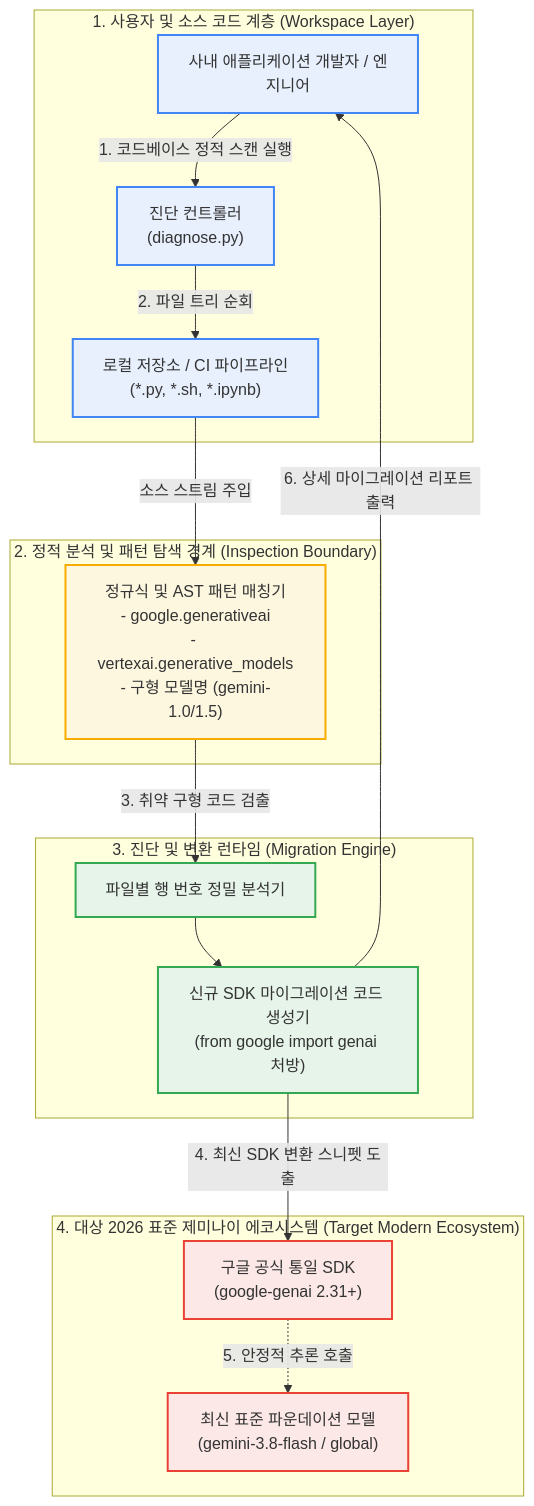
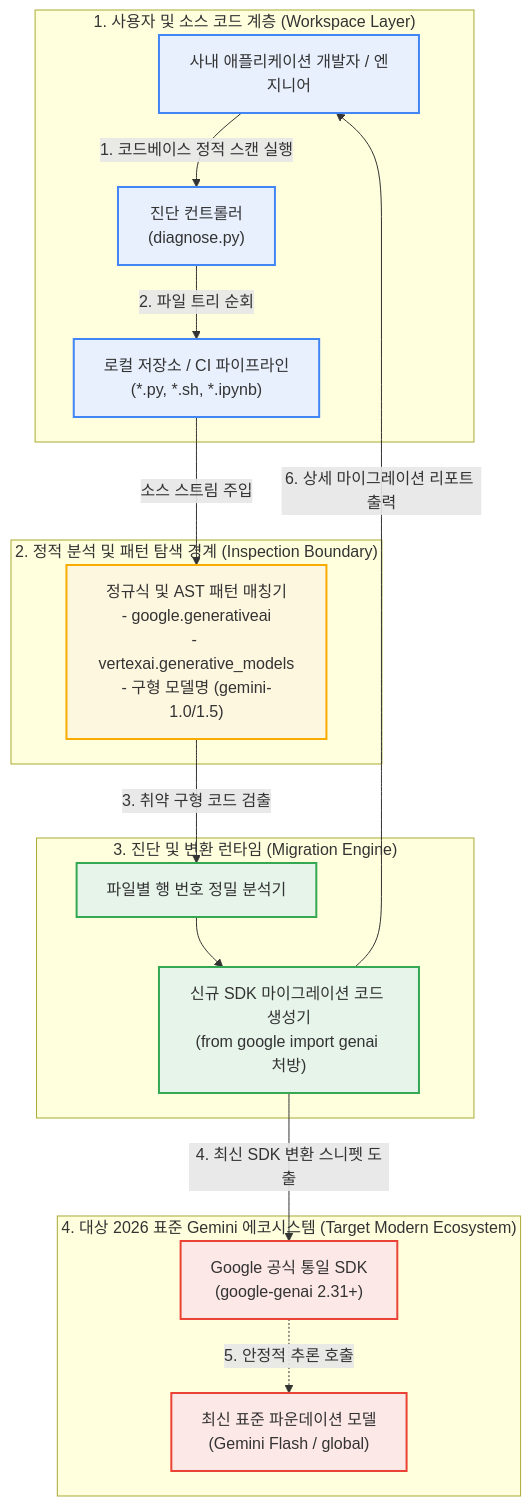
The diagram in samples/gemini-legacy-sdk-scanner/README.md (jiangjun-forge/google-cloud-0-to-1), drawn with Mermaid before and after one commit. The commit also changed other lines of this file and 229 other files, not shown here.

````diff
--- a/samples/gemini-legacy-sdk-scanner/README.md
+++ b/samples/gemini-legacy-sdk-scanner/README.md
@@ -97,39 +97,39 @@
 ```mermaid
 flowchart TB
     subgraph Layer1["1. 사용자 및 소스 코드 계층 (Workspace Layer)"]
         Dev["사내 애플리케이션 개발자 / 엔지니어"] -->|"1. 코드베이스 정적 스캔 실행"| CLI["진단 컨트롤러<br/>(diagnose.py)"]
         Repo["로컬 저장소 / CI 파이프라인<br/>(*.py, *.sh, *.ipynb)"]
     end
 
     subgraph Layer2["2. 정적 분석 및 패턴 탐색 경계 (Inspection Boundary)"]
         Scanner["정규식 및 AST 패턴 매칭기<br/>- google.generativeai<br/>- vertexai.generative_models<br/>- 구형 모델명 (gemini-1.0/1.5)"]
     end
 
     subgraph Layer3["3. 진단 및 변환 런타임 (Migration Engine)"]
         Parser["파일별 행 번호 정밀 분석기"]
         GuideGen["신규 SDK 마이그레이션 코드 생성기<br/>(from google import genai 처방)"]
         Parser --> GuideGen
     end
 
-    subgraph Layer4["4. 대상 2026 표준 제미나이 에코시스템 (Target Modern Ecosystem)"]
-        UnifiedSDK["구글 공식 통일 SDK<br/>(google-genai 2.31+)"]
-        ModernModel["최신 표준 파운데이션 모델<br/>(gemini-3.8-flash / global)"]
+    subgraph Layer4["4. 대상 2026 표준 Gemini 에코시스템 (Target Modern Ecosystem)"]
+        UnifiedSDK["Google 공식 통일 SDK<br/>(google-genai 2.31+)"]
+        ModernModel["최신 표준 파운데이션 모델<br/>(Gemini Flash / global)"]
     end
 
     CLI -->|"2. 파일 트리 순회"| Repo
     Repo -->|"소스 스트림 주입"| Scanner
     Scanner -->|"3. 취약 구형 코드 검출"| Parser
     GuideGen -->|"4. 최신 SDK 변환 스니펫 도출"| UnifiedSDK
     UnifiedSDK -.->|"5. 안정적 추론 호출"| ModernModel
     GuideGen -->|"6. 상세 마이그레이션 리포트 출력"| Dev
 
     classDef portal fill:#e8f0fe,stroke:#4285f4,stroke-width:2px;
     classDef security fill:#fef7e0,stroke:#f9ab00,stroke-width:2px;
     classDef runtime fill:#e6f4ea,stroke:#34a853,stroke-width:2px;
     classDef backend fill:#fce8e6,stroke:#ea4335,stroke-width:2px;
 
     class Dev,CLI,Repo portal;
     class Scanner security;
     class Parser,GuideGen runtime;
     class UnifiedSDK,ModernModel backend;
 ```
````
